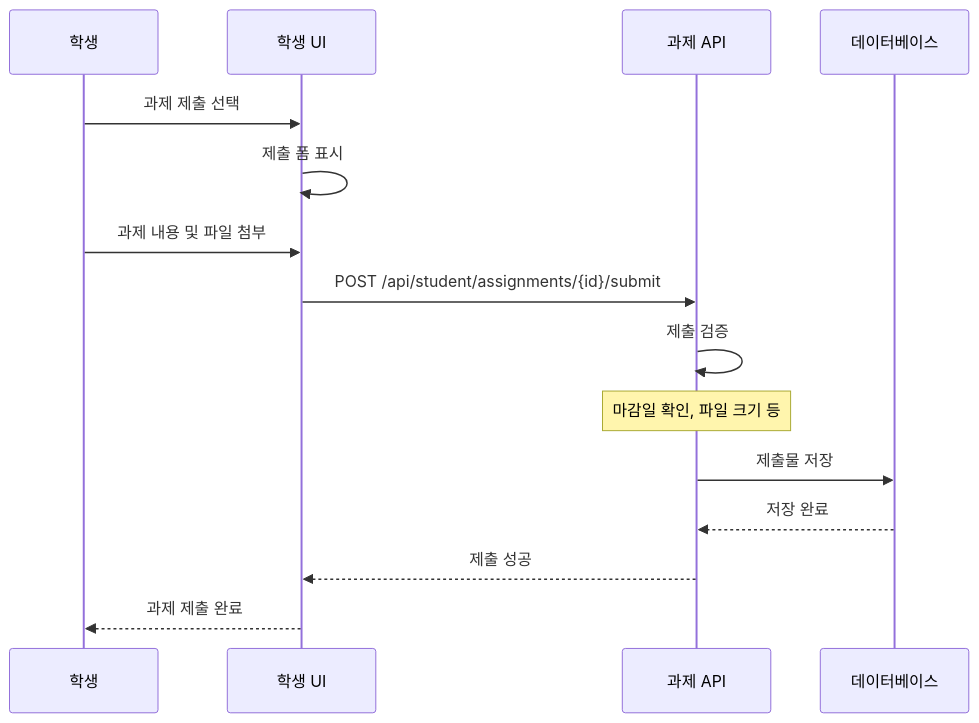
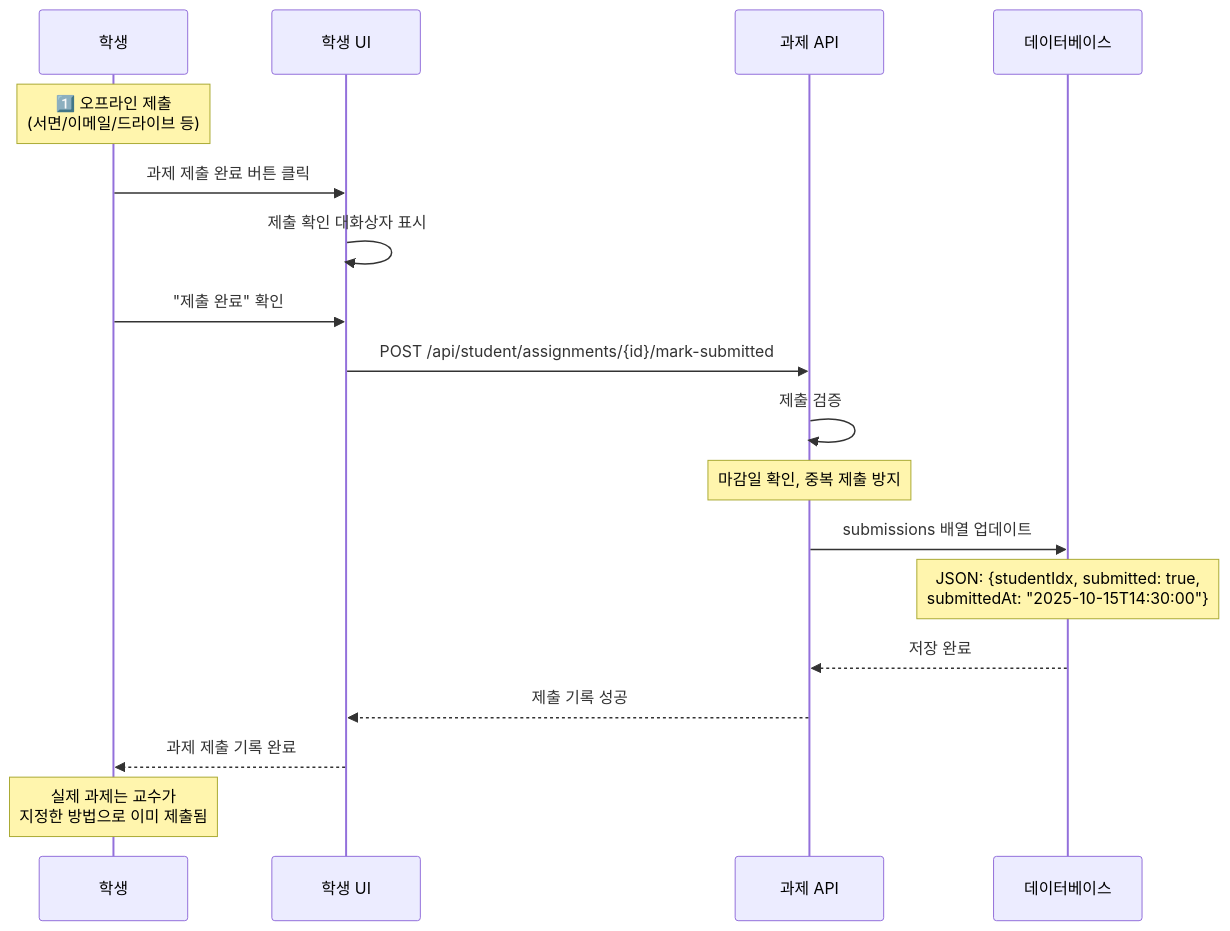
One commit to hooting76/blue-crab-lms changed diagram 11 of 14 in backend/BlueCrab/docs/강의관련기능/06-학생플로우.md. Above: the diagram before and after it, drawn with Mermaid. The commit also changed other lines of this file and 6 other files, not shown here.

Commit message:
플로우 업데이트

````diff
--- a/backend/BlueCrab/docs/강의관련기능/06-학생플로우.md
+++ b/backend/BlueCrab/docs/강의관련기능/06-학생플로우.md
@@ -334,21 +336,26 @@
 ```mermaid
 sequenceDiagram
     participant Student as 학생
     participant UI as 학생 UI
     participant API as 과제 API
     participant DB as 데이터베이스
 
-    Student->>UI: 과제 제출 선택
-    UI->>UI: 제출 폼 표시
+    Note over Student: 1️⃣ 오프라인 제출<br/>(서면/이메일/드라이브 등)
 
-    Student->>UI: 과제 내용 및 파일 첨부
-    UI->>API: POST /api/student/assignments/{id}/submit
+    Student->>UI: 과제 제출 완료 버튼 클릭
+    UI->>UI: 제출 확인 대화상자 표시
+
+    Student->>UI: "제출 완료" 확인
+    UI->>API: POST /api/student/assignments/{id}/mark-submitted
     API->>API: 제출 검증
-    Note over API: 마감일 확인, 파일 크기 등
+    Note over API: 마감일 확인, 중복 제출 방지
 
-    API->>DB: 제출물 저장
+    API->>DB: submissions 배열 업데이트
+    Note over DB: JSON: {studentIdx, submitted: true,<br/>submittedAt: "2025-10-15T14:30:00"}
+
     DB-->>API: 저장 완료
 
-    API-->>UI: 제출 성공
-    UI-->>Student: 과제 제출 완료
+    API-->>UI: 제출 기록 성공
+    UI-->>Student: 과제 제출 기록 완료
+    Note over Student: 실제 과제는 교수가<br/>지정한 방법으로 이미 제출됨
 ```
````
